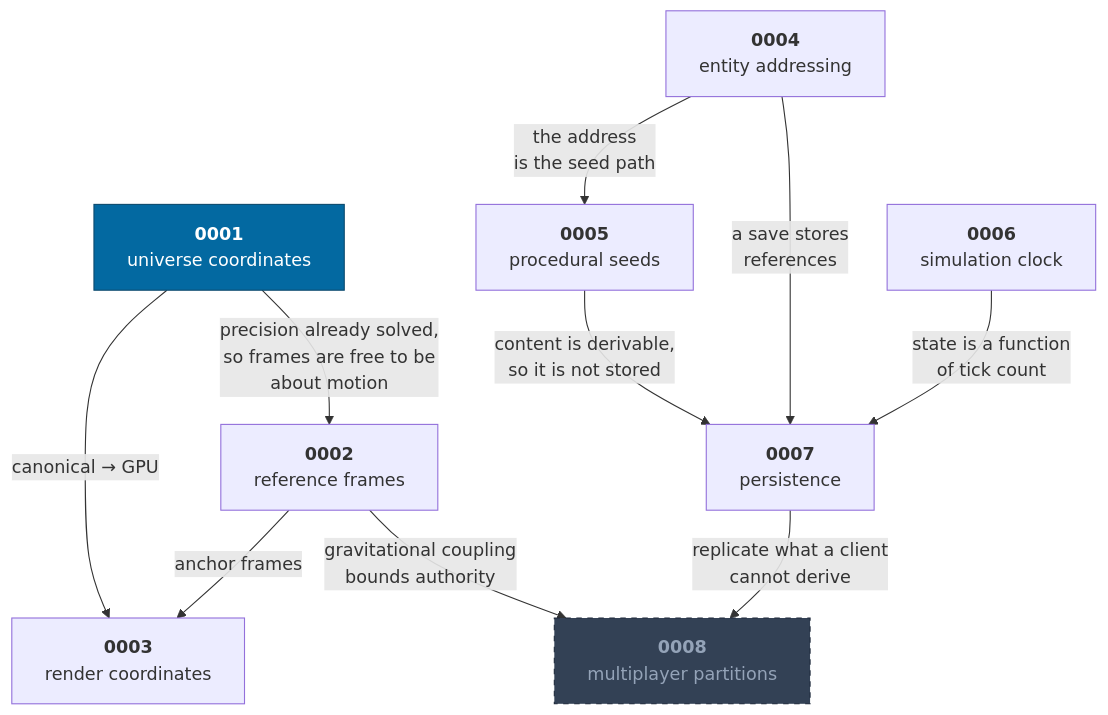
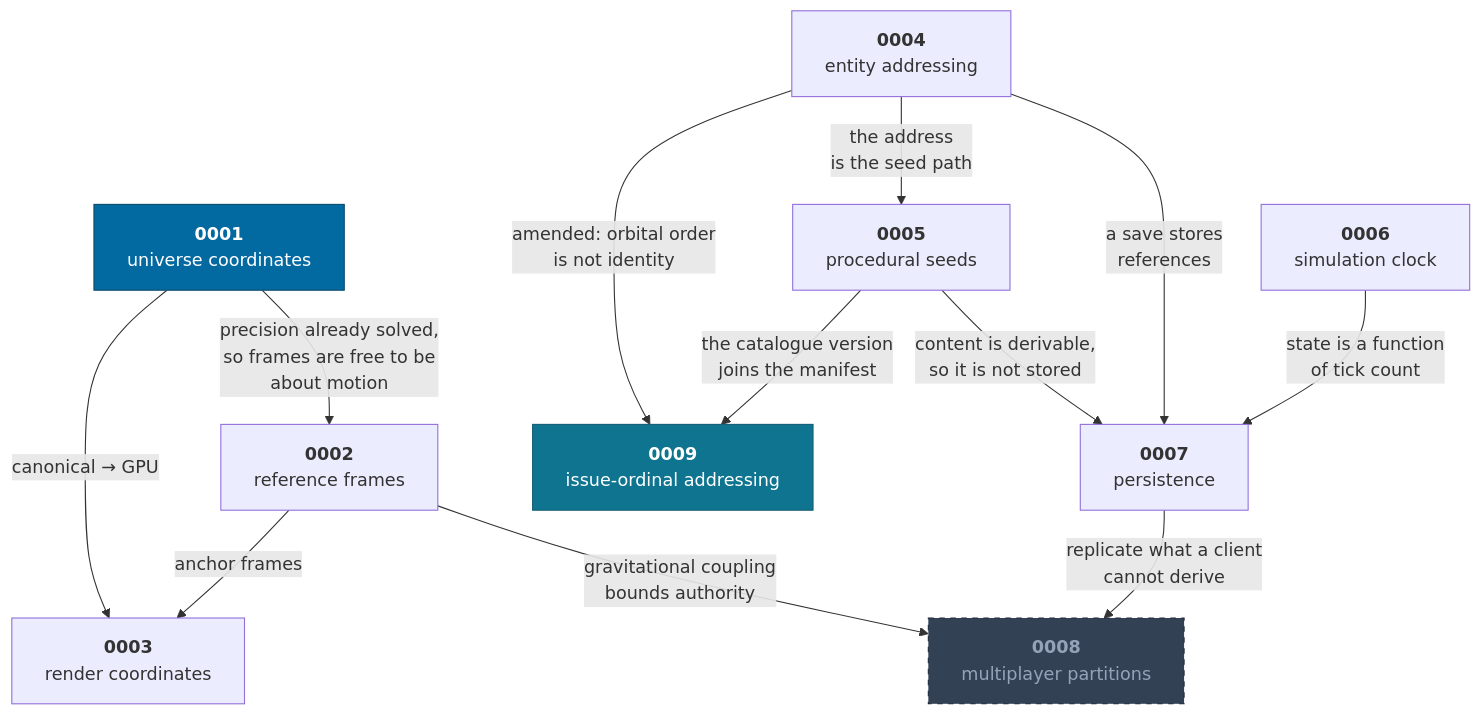
One commit to jonjaques/inertialref changed the diagram in docs/adr/README.md. Above: the diagram before and after it, drawn with Mermaid. The commit also changed other lines of this file and 7 other files, not shown here.

````diff
--- a/docs/adr/README.md
+++ b/docs/adr/README.md
@@ -26,24 +27,28 @@
 ```mermaid
 flowchart TB
     A1["<b>0001</b><br/>universe coordinates"]
     A2["<b>0002</b><br/>reference frames"]
     A3["<b>0003</b><br/>render coordinates"]
     A4["<b>0004</b><br/>entity addressing"]
     A5["<b>0005</b><br/>procedural seeds"]
     A6["<b>0006</b><br/>simulation clock"]
     A7["<b>0007</b><br/>persistence"]
     A8["<b>0008</b><br/>multiplayer partitions"]
+    A9["<b>0009</b><br/>issue-ordinal addressing"]
 
     A1 -->|"precision already solved,<br/>so frames are free to be<br/>about motion"| A2
     A1 -->|"canonical → GPU"| A3
     A2 -->|"anchor frames"| A3
     A4 -->|"the address<br/>is the seed path"| A5
     A5 -->|"content is derivable,<br/>so it is not stored"| A7
     A4 -->|"a save stores<br/>references"| A7
     A6 -->|"state is a function<br/>of tick count"| A7
     A2 -->|"gravitational coupling<br/>bounds authority"| A8
     A7 -->|"replicate what a client<br/>cannot derive"| A8
+    A4 -->|"amended: orbital order<br/>is not identity"| A9
+    A5 -->|"the catalogue version<br/>joins the manifest"| A9
 
     style A1 fill:#0369a1,stroke:#0c4a6e,color:#fff
     style A8 fill:#334155,stroke:#1e293b,color:#94a3b8,stroke-dasharray: 5 5
+    style A9 fill:#0e7490,stroke:#155e75,color:#fff
 ```
````
